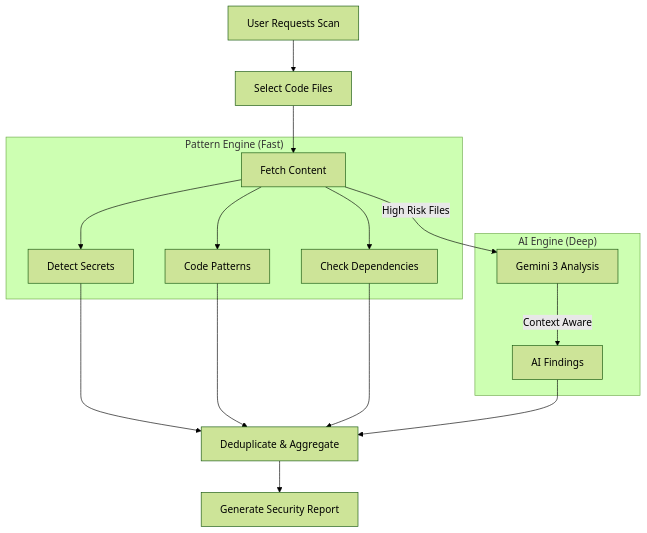
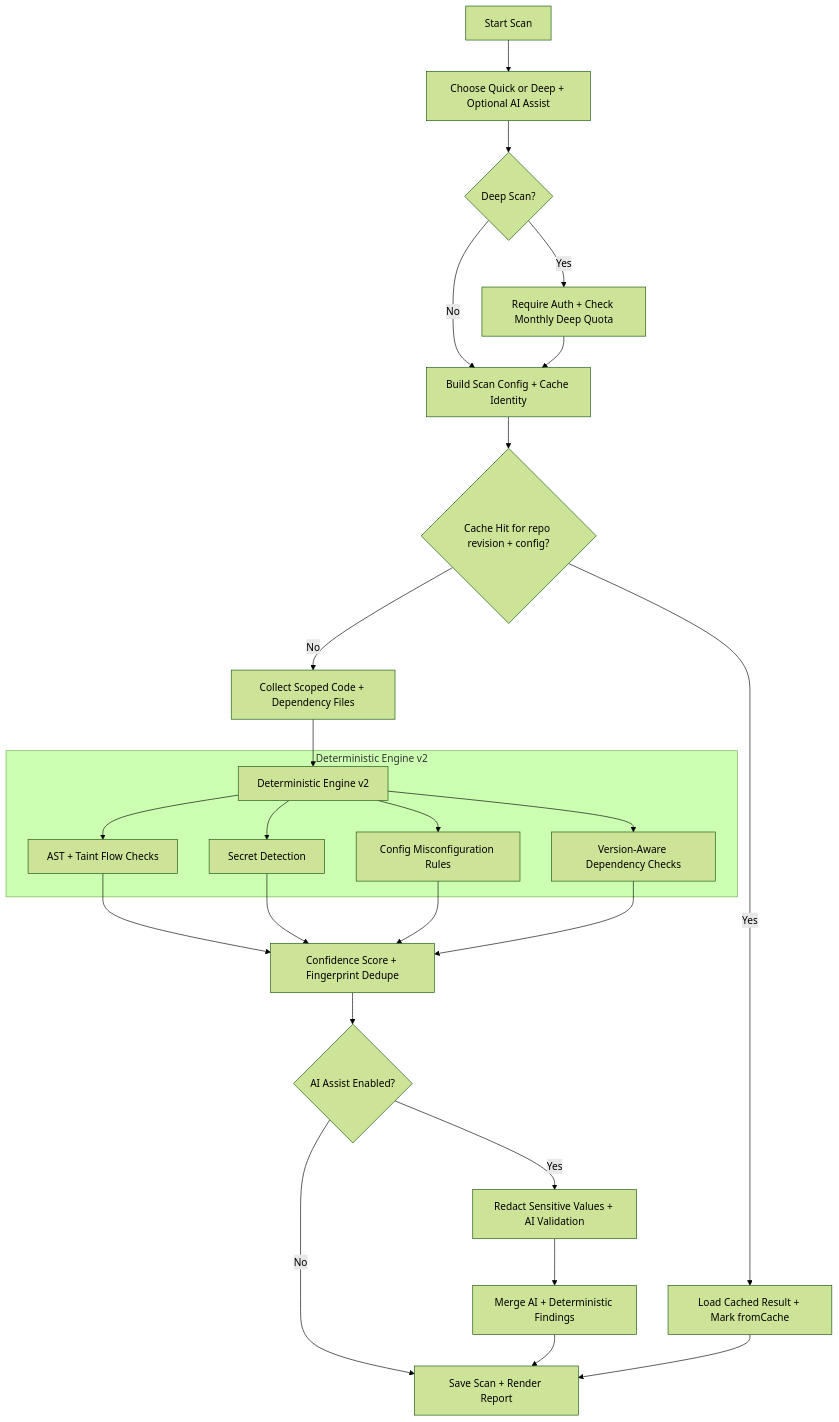
One commit to syntax-syndicate/repomind changed the third of 3 diagrams in README.md. Above: the diagram before and after it, drawn with Mermaid (forest theme). The commit also changed other lines of this file and 5 other files, not shown here.

Commit message:
feat: Introduce AI assist for security scans, implement admin bypass for deep scan limits, and update scan process documentation.

````diff
--- a/README.md
+++ b/README.md
@@ -126,23 +126,33 @@
 ```mermaid
 graph TD
-    Start[User Requests Scan] --> Select[Select Code Files]
-    Select --> Fetch[Fetch Content]
-    
-    subgraph "Pattern Engine (Fast)"
-        Fetch --> Secrets[Detect Secrets]
-        Fetch --> Patterns[Code Patterns]
-        Fetch --> Deps[Check Dependencies]
+    Start[Start Scan] --> Mode[Choose Quick or Deep + Optional AI Assist]
+    Mode --> Deep{Deep Scan?}
+
+    Deep -->|Yes| Auth[Require Auth + Check Monthly Deep Quota]
+    Deep -->|No| Build
+    Auth --> Build[Build Scan Config + Cache Identity]
+
+    Build --> Cache{Cache Hit for repo revision + config?}
+    Cache -->|Yes| Cached[Load Cached Result + Mark fromCache]
+    Cache -->|No| Collect[Collect Scoped Code + Dependency Files]
+
+    Collect --> Deterministic[Deterministic Engine v2]
+    subgraph "Deterministic Engine v2"
+        Deterministic --> AST[AST + Taint Flow Checks]
+        Deterministic --> Secret[Secret Detection]
+        Deterministic --> Config[Config Misconfiguration Rules]
+        Deterministic --> Dep[Version-Aware Dependency Checks]
     end
-    
-    subgraph "AI Engine (Deep)"
-        Fetch -->|High Risk Files| AI[Gemini 3 Analysis]
-        AI -->|Context Aware| AIFindings[AI Findings]
-    end
-    
-    Secrets --> Dedup[Deduplicate & Aggregate]
-    Patterns --> Dedup
-    Deps --> Dedup
-    AIFindings --> Dedup
-    
-    Dedup --> Report[Generate Security Report]
+
+    AST --> Rank
+    Secret --> Rank
+    Config --> Rank
+    Dep --> Rank
+    Rank[Confidence Score + Fingerprint Dedupe] --> AIToggle{AI Assist Enabled?}
+
+    AIToggle -->|No| Finalize
+    AIToggle -->|Yes| AIPass[Redact Sensitive Values + AI Validation]
+    AIPass --> Merge[Merge AI + Deterministic Findings]
+    Merge --> Finalize[Save Scan + Render Report]
+    Cached --> Finalize
 ```
````
